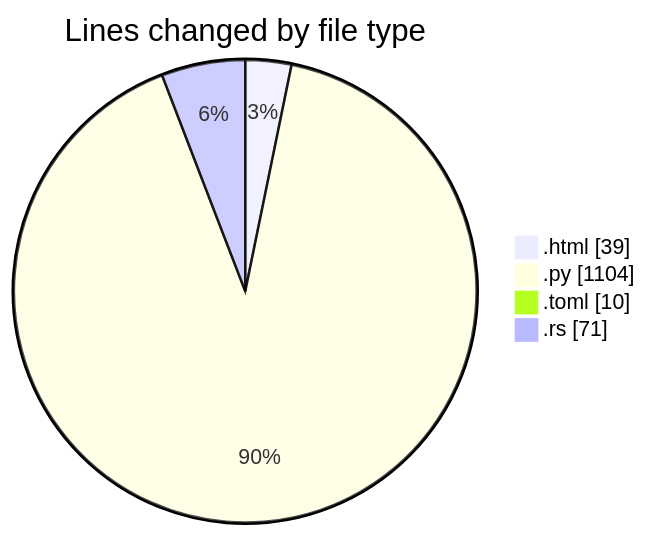
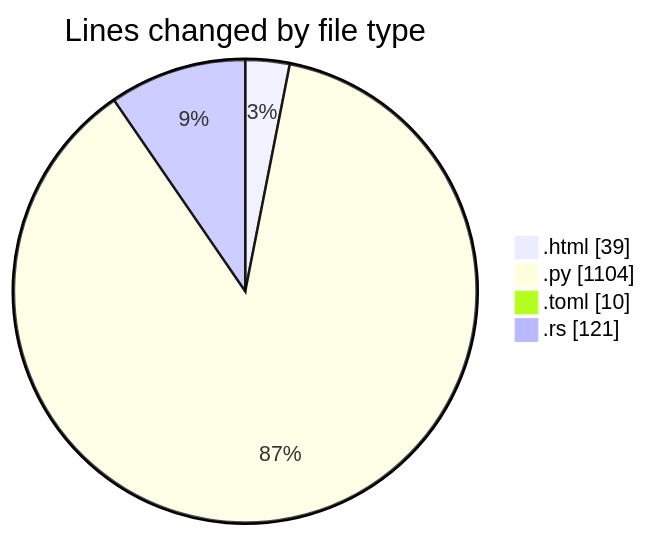
One commit to Ritupan-Deka/code-tracking changed the first of 2 diagrams in 2025-06-22/___base/README.md. Above: the diagram before and after it, drawn with Mermaid. The commit also changed other lines of this file and 1 other file, not shown here.

````diff
--- a/2025-06-22/___base/README.md
+++ b/2025-06-22/___base/README.md
@@ -24,8 +25,8 @@
 ```mermaid
 pie showData
 title Lines changed by file type
 ".html" : 39
 ".py" : 1104
 ".toml" : 10
-".rs" : 71
+".rs" : 121
 ```
````
